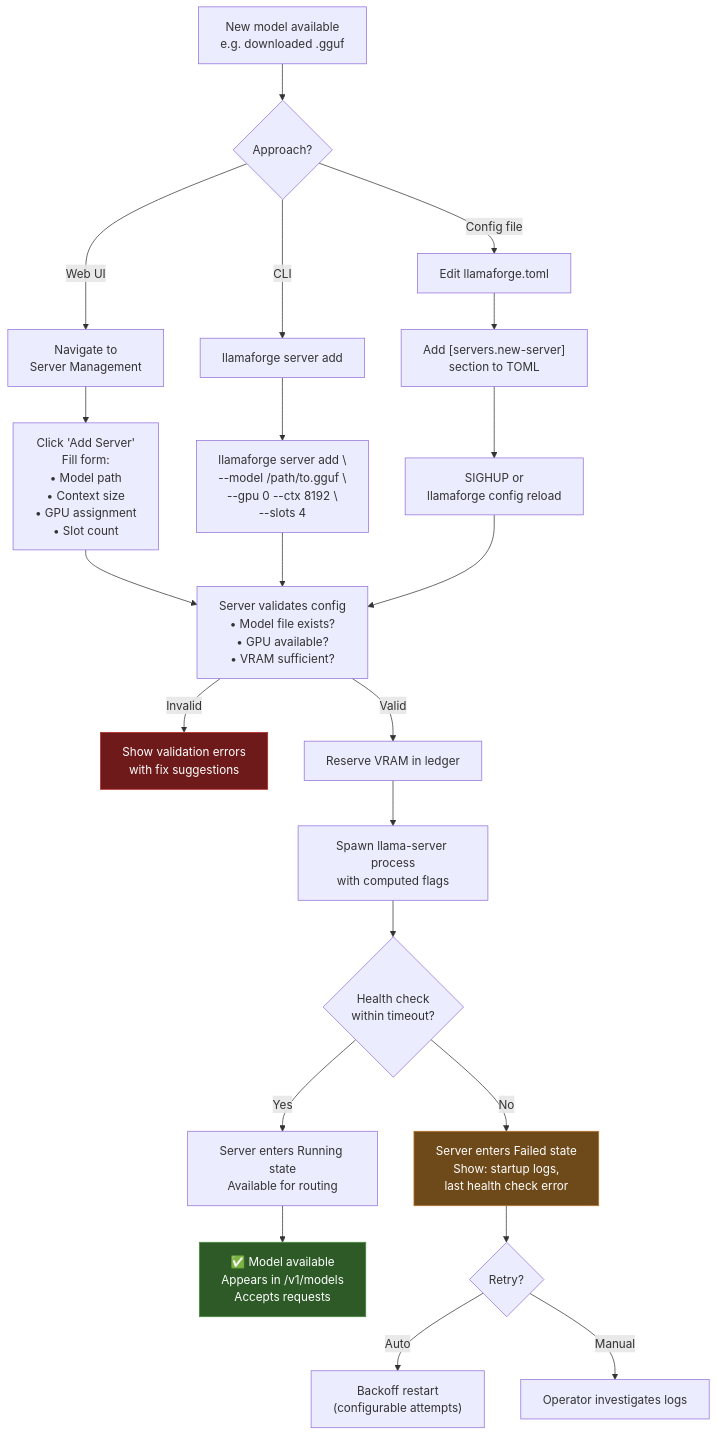
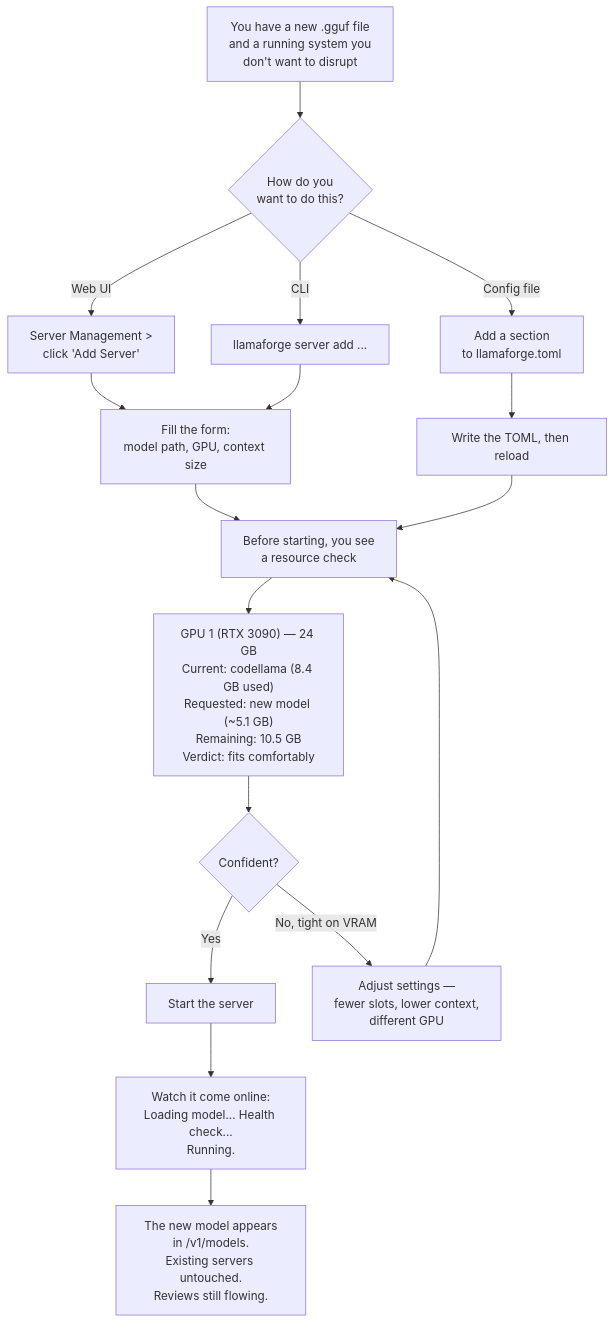
Before and after one commit to Doom325/llama-forge: the fourth of 16 diagrams in docs/USER_JOURNEYS.md, drawn with Mermaid. The commit also changed other lines of this file, not shown here.

````diff
--- a/docs/USER_JOURNEYS.md
+++ b/docs/USER_JOURNEYS.md
@@ -250,39 +247,26 @@
 ```mermaid
 flowchart TD
-    A["New model available<br/>e.g. downloaded .gguf"] --> B{"Approach?"}
+    A["You have a new .gguf file<br/>and a running system you<br/>don't want to disrupt"] --> B{"How do you<br/>want to do this?"}
 
-    B -->|"Web UI"| C["Navigate to<br/>Server Management"]
-    B -->|"Config file"| D["Edit llamaforge.toml"]
-    B -->|"CLI"| E["llamaforge server add"]
+    B -->|"Web UI"| C["Server Management ><br/>click 'Add Server'"]
+    B -->|"Config file"| D["Add a section<br/>to llamaforge.toml"]
+    B -->|"CLI"| E["llamaforge server add ..."]
 
-    C --> F["Click 'Add Server'<br/>Fill form:<br/>• Model path<br/>• Context size<br/>• GPU assignment<br/>• Slot count"]
+    C --> F["Fill the form:<br/>model path, GPU, context size"]
+    D --> G["Write the TOML, then reload"]
+    E --> F
 
-    D --> G["Add [servers.new-server]<br/>section to TOML"]
+    F --> H["Before starting, you see<br/>a resource check"]
+    G --> H
 
-    E --> H["llamaforge server add \<br/>  --model /path/to.gguf \<br/>  --gpu 0 --ctx 8192 \<br/>  --slots 4"]
+    H --> I["GPU 1 (RTX 3090) — 24 GB<br/>Current: codellama (8.4 GB used)<br/>Requested: new model (~5.1 GB)<br/>Remaining: 10.5 GB<br/>Verdict: fits comfortably"]
 
-    F --> I["Server validates config<br/>• Model file exists?<br/>• GPU available?<br/>• VRAM sufficient?"]
-    G --> J["SIGHUP or<br/>llamaforge config reload"]
-    H --> I
+    I --> J{"Confident?"}
+    J -->|"Yes"| K["Start the server"]
+    J -->|"No, tight on VRAM"| L["Adjust settings —<br/>fewer slots, lower context,<br/>different GPU"]
+    L --> H
 
-    J --> I
+    K --> M["Watch it come online:<br/>Loading model... Health check...<br/>Running."]
 
-    I -->|"Invalid"| K["Show validation errors<br/>with fix suggestions"]
-    I -->|"Valid"| L["Reserve VRAM in ledger"]
-
-    L --> M["Spawn llama-server process<br/>with computed flags"]
-    M --> N{"Health check<br/>within timeout?"}
-
-    N -->|"Yes"| O["Server enters Running state<br/>Available for routing"]
-    N -->|"No"| P["Server enters Failed state<br/>Show: startup logs,<br/>last health check error"]
-
-    O --> Q["✅ Model available<br/>Appears in /v1/models<br/>Accepts requests"]
-
-    P --> R{"Retry?"}
-    R -->|"Auto"| S["Backoff restart<br/>(configurable attempts)"]
-    R -->|"Manual"| T["Operator investigates logs"]
-
-    style Q fill:#2d5a27,stroke:#4a8c3f,color:#fff
-    style K fill:#6e1a1a,stroke:#b92929,color:#fff
-    style P fill:#6e4a1a,stroke:#b97329,color:#fff
+    M --> N["The new model appears<br/>in /v1/models.<br/>Existing servers untouched.<br/>Reviews still flowing."]
 ```
````
